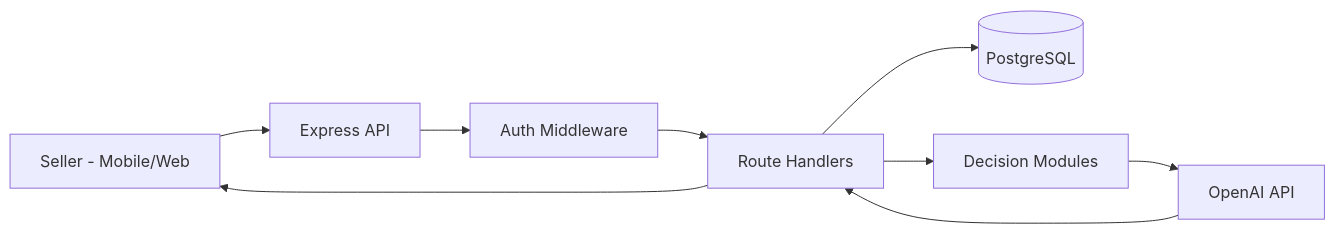
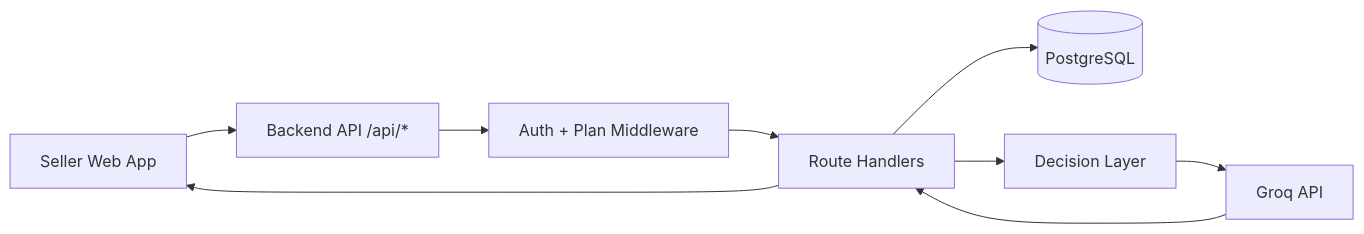
Before and after one commit to ujwal-code10/sellers-inbox-AI: the diagram in README.md, drawn with Mermaid. The commit also changed other lines of this file and 5 other files, not shown here.

````diff
--- a/README.md
+++ b/README.md
@@ -103,11 +87,11 @@
 ```mermaid
 flowchart LR
-  U[Seller - Mobile/Web] --> A[Express API]
-  A --> M[Auth Middleware]
+  U[Seller Web App] --> A[Backend API /api/*]
+  A --> M[Auth + Plan Middleware]
   M --> R[Route Handlers]
   R --> D[(PostgreSQL)]
-  R --> B[Decision Modules]
-  B --> O[OpenAI API]
-  O --> R
+  R --> X[Decision Layer]
+  X --> G[Groq API]
+  G --> R
   R --> U
 ```
````
